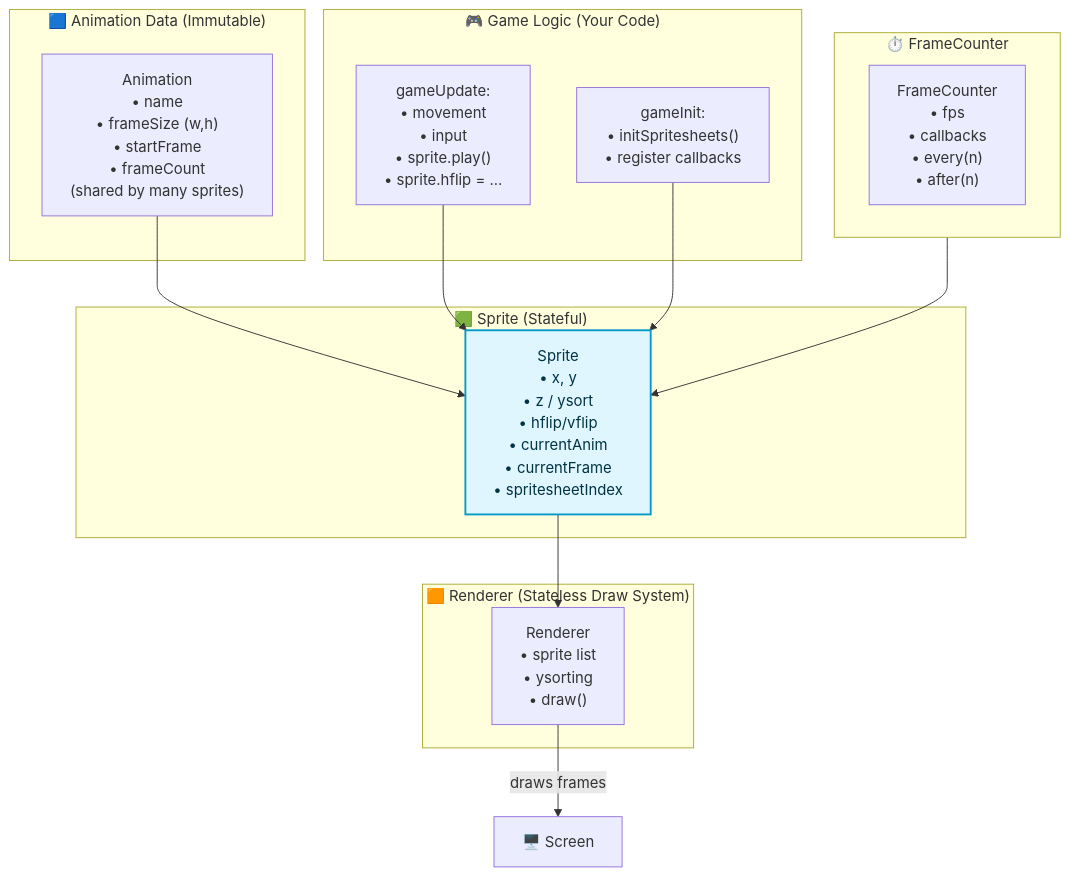
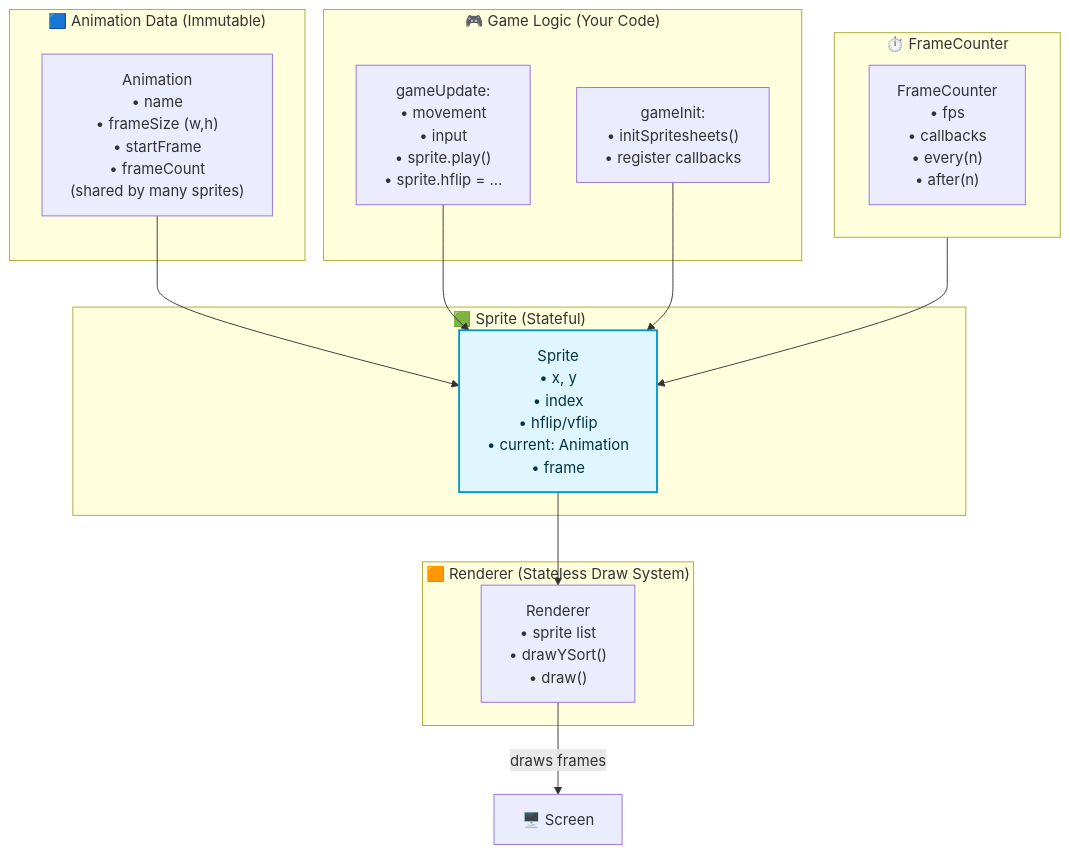
One commit to RattleyCooper/spriteanimations changed the diagram in README.md. Above: the diagram before and after it, drawn with Mermaid.

````diff
--- a/README.md
+++ b/README.md
@@ -201,64 +201,63 @@
 ```mermaid
 flowchart TD
 
     subgraph DATA["🟦 Animation Data (Immutable)"]
         A1["Animation
         • name
         • frameSize (w,h)
         • startFrame
         • frameCount
         (shared by many sprites)"]
     end
 
     subgraph SPRITE["🟩 Sprite (Stateful)"]
         S1["Sprite
         • x, y
-        • z / ysort
+        • index
         • hflip/vflip
-        • currentAnim
-        • currentFrame
-        • spritesheetIndex"]
+        • current: Animation
+        • frame"]
     end
 
     subgraph TIMER["⏱️ FrameCounter"]
         FC["FrameCounter
         • fps
         • callbacks
         • every(n)
         • after(n)"]
     end
 
     subgraph RENDER["🟧 Renderer (Stateless Draw System)"]
         R1["Renderer
         • sprite list
-        • ysorting
+        • drawYSort()
         • draw()"]
     end
 
     subgraph GAME["🎮 Game Logic (Your Code)"]
         G1["gameUpdate:
         • movement
         • input
         • sprite.play()
         • sprite.hflip = ..."]
         G2["gameInit:
         • initSpritesheets()
         • register callbacks"]
     end
 
     %% Connections
 
     A1 --> S1:::link1
     
     G1 --> S1
     G2 --> S1
     
     TIMER --> S1
     
     S1 --> R1
     R1 -->|draws frames| OUT["🖥️ Screen"]
 
     %% Styles
     classDef link1 fill:#dff6ff,stroke:#0099cc,stroke-width:2px,color:#003344;
 
 ```
````
